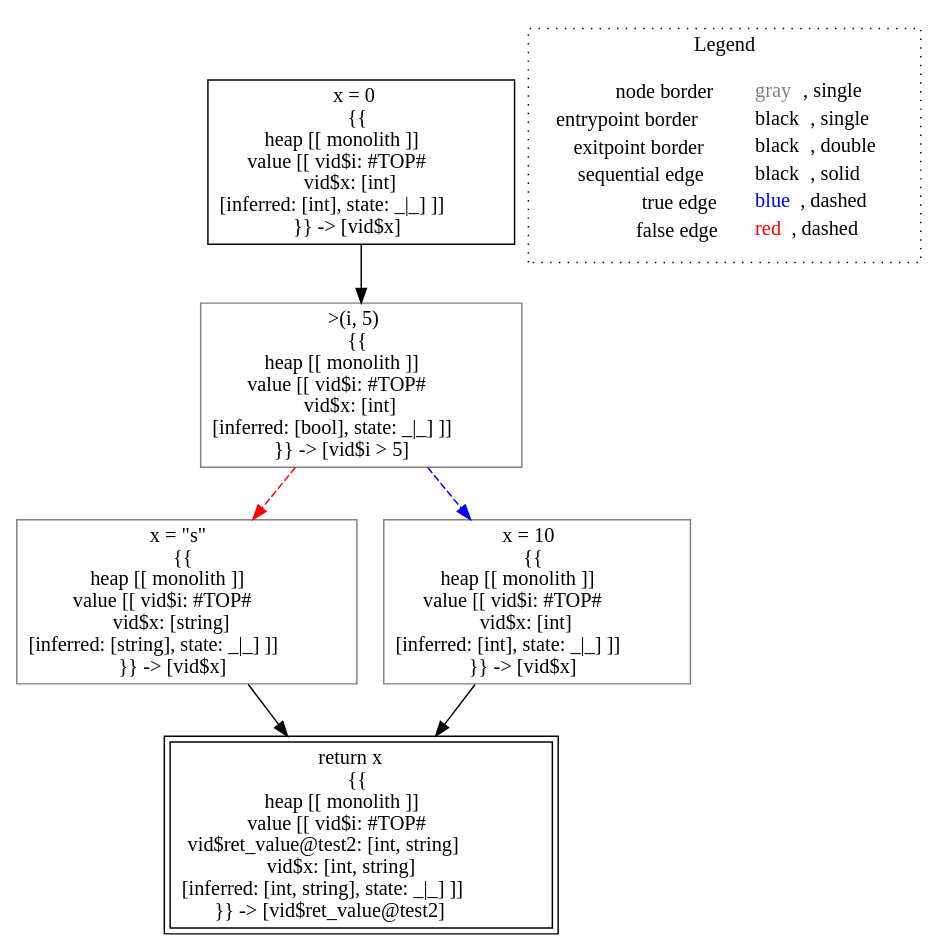
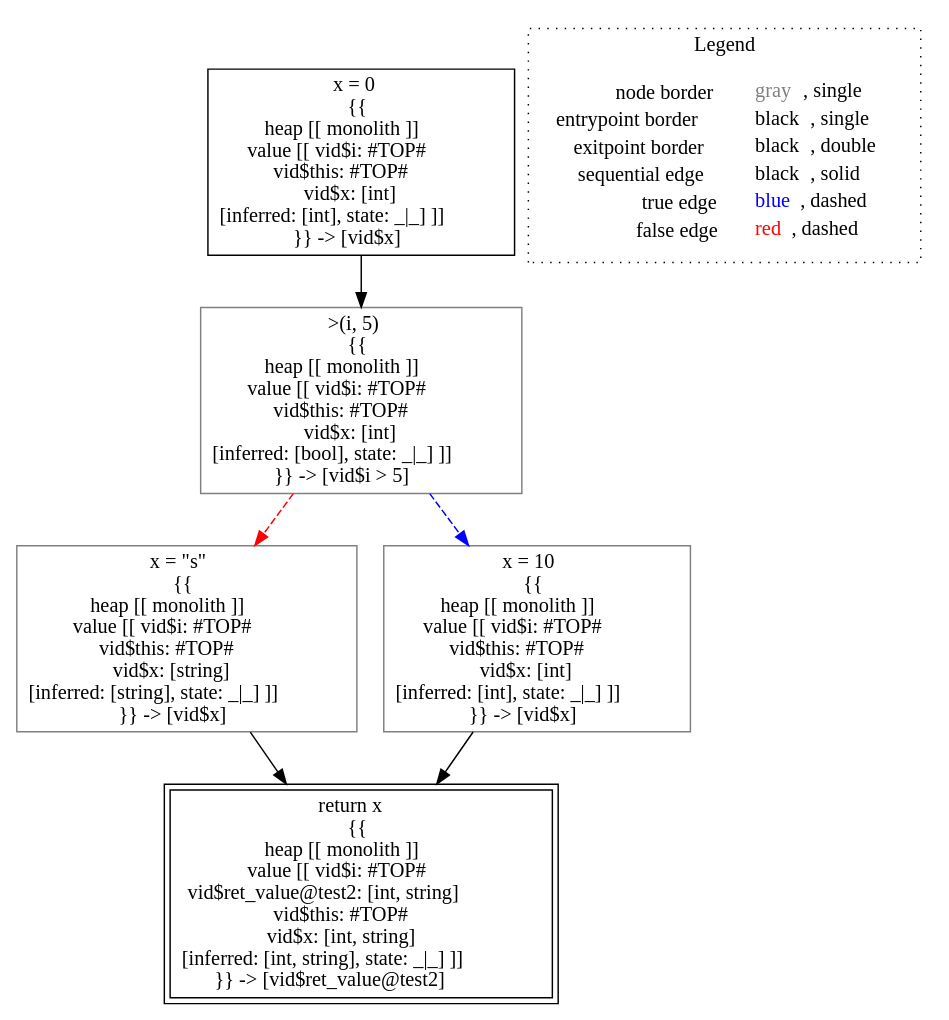
Before and after one commit to lisa-analyzer/lisa: the diagram in lisa/imp-testcases/type-inference/typing___untyped_typing.test2(typing_this,_untyped_i).dot, drawn with Graphviz. The commit also changed 45 other files, not shown here.

```diff
--- a/lisa/imp-testcases/type-inference/typing___untyped_typing.test2(typing_this,_untyped_i).dot
+++ b/lisa/imp-testcases/type-inference/typing___untyped_typing.test2(typing_this,_untyped_i).dot
@@ -1,19 +1,19 @@
 digraph {
-	"node0" [shape="rect",color="black",label=<x = 0<BR/>{{<BR/>heap [[ monolith ]]<BR/>value [[ vid$i: #TOP#<BR/>vid$x: [int]<BR/>[inferred: [int], state: _|_] ]]<BR/>}} -&gt; [vid$x]>];
-	"node1" [shape="rect",color="gray",label=<x = &quot;s&quot;<BR/>{{<BR/>heap [[ monolith ]]<BR/>value [[ vid$i: #TOP#<BR/>vid$x: [string]<BR/>[inferred: [string], state: _|_] ]]<BR/>}} -&gt; [vid$x]>];
-	"node2" [shape="rect",color="gray",label=<&gt;(i, 5)<BR/>{{<BR/>heap [[ monolith ]]<BR/>value [[ vid$i: #TOP#<BR/>vid$x: [int]<BR/>[inferred: [bool], state: _|_] ]]<BR/>}} -&gt; [vid$i &gt; 5]>];
-	"node3" [shape="rect",color="black",peripheries="2",label=<return x<BR/>{{<BR/>heap [[ monolith ]]<BR/>value [[ vid$i: #TOP#<BR/>vid$ret_value@test2: [int, string]<BR/>vid$x: [int, string]<BR/>[inferred: [int, string], state: _|_] ]]<BR/>}} -&gt; [vid$ret_value@test2]>];
-	"node4" [shape="rect",color="gray",label=<x = 10<BR/>{{<BR/>heap [[ monolith ]]<BR/>value [[ vid$i: #TOP#<BR/>vid$x: [int]<BR/>[inferred: [int], state: _|_] ]]<BR/>}} -&gt; [vid$x]>];
-	"node1" -> "node3" [color="black"];
-	"node2" -> "node1" [color="red",style="dashed"];
-	"node2" -> "node4" [color="blue",style="dashed"];
-	"node0" -> "node2" [color="black"];
+	"node0" [shape="rect",color="black",label=<x = 0<BR/>{{<BR/>heap [[ monolith ]]<BR/>value [[ vid$i: #TOP#<BR/>vid$this: #TOP#<BR/>vid$x: [int]<BR/>[inferred: [int], state: _|_] ]]<BR/>}} -&gt; [vid$x]>];
+	"node1" [shape="rect",color="gray",label=<&gt;(i, 5)<BR/>{{<BR/>heap [[ monolith ]]<BR/>value [[ vid$i: #TOP#<BR/>vid$this: #TOP#<BR/>vid$x: [int]<BR/>[inferred: [bool], state: _|_] ]]<BR/>}} -&gt; [vid$i &gt; 5]>];
+	"node2" [shape="rect",color="gray",label=<x = &quot;s&quot;<BR/>{{<BR/>heap [[ monolith ]]<BR/>value [[ vid$i: #TOP#<BR/>vid$this: #TOP#<BR/>vid$x: [string]<BR/>[inferred: [string], state: _|_] ]]<BR/>}} -&gt; [vid$x]>];
+	"node3" [shape="rect",color="black",peripheries="2",label=<return x<BR/>{{<BR/>heap [[ monolith ]]<BR/>value [[ vid$i: #TOP#<BR/>vid$ret_value@test2: [int, string]<BR/>vid$this: #TOP#<BR/>vid$x: [int, string]<BR/>[inferred: [int, string], state: _|_] ]]<BR/>}} -&gt; [vid$ret_value@test2]>];
+	"node4" [shape="rect",color="gray",label=<x = 10<BR/>{{<BR/>heap [[ monolith ]]<BR/>value [[ vid$i: #TOP#<BR/>vid$this: #TOP#<BR/>vid$x: [int]<BR/>[inferred: [int], state: _|_] ]]<BR/>}} -&gt; [vid$x]>];
+	"node1" -> "node2" [color="red",style="dashed"];
+	"node1" -> "node4" [color="blue",style="dashed"];
+	"node2" -> "node3" [color="black"];
+	"node0" -> "node1" [color="black"];
 	"node4" -> "node3" [color="black"];
 subgraph cluster_legend {
 	label="Legend";
 	style=dotted;
 	node [shape=plaintext];
 	"legend" [label=<<table border="0" cellpadding="2" cellspacing="0" cellborder="0"><tr><td align="right">node border&nbsp;</td><td align="left"><font color="gray">gray</font>, single</td></tr><tr><td align="right">entrypoint border&nbsp;</td><td align="left"><font color="black">black</font>, single</td></tr><tr><td align="right">exitpoint border&nbsp;</td><td align="left"><font color="black">black</font>, double</td></tr><tr><td align="right">sequential edge&nbsp;</td><td align="left"><font color="black">black</font>, solid</td></tr><tr><td align="right">true edge&nbsp;</td><td align="left"><font color="blue">blue</font>, dashed</td></tr><tr><td align="right">false edge&nbsp;</td><td align="left"><font color="red">red</font>, dashed</td></tr></table>>];
 }
 
 }
```
